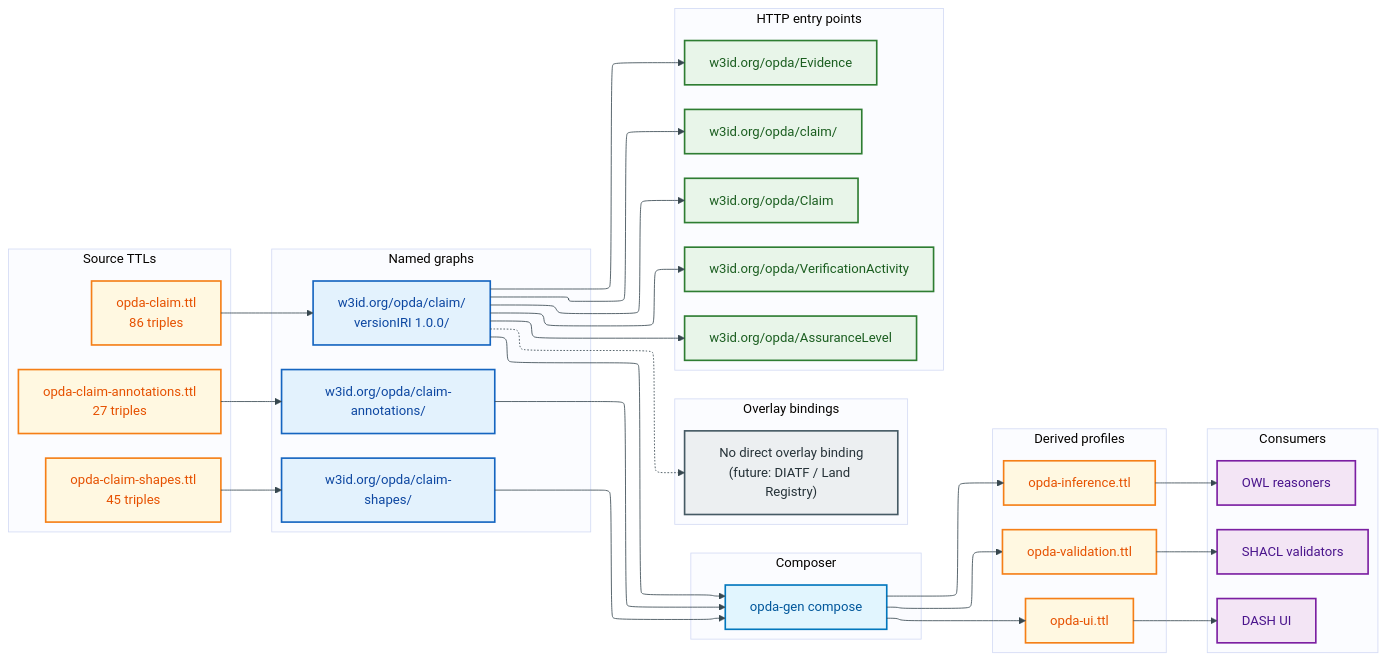
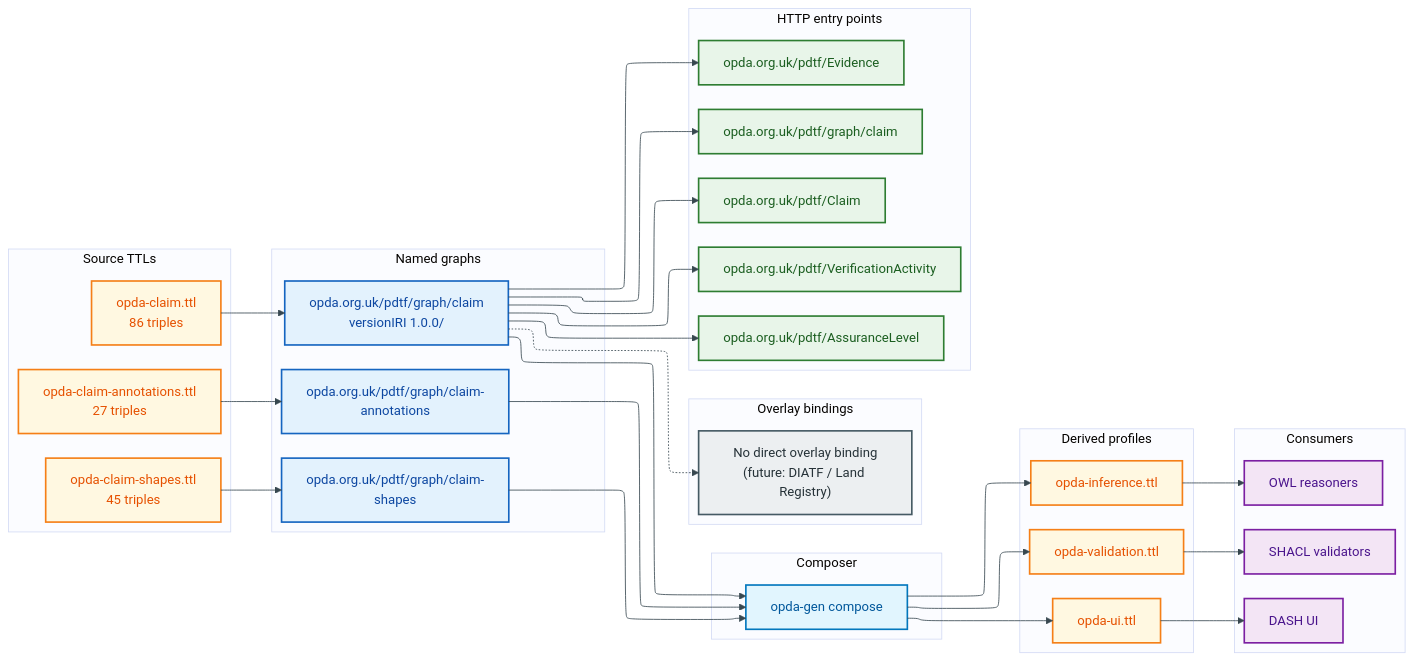
Before and after one commit to sparkling/opda: the diagram in docs/manual/physical-database/modules/claim.md, drawn with Mermaid. The commit also changed other lines of this file and 98 other files, not shown here.

First line of the commit message:
docs: migrate live IRI references to opda.org.uk/pdtf scheme (swarm)

```diff
--- a/docs/manual/physical-database/modules/claim.md
+++ b/docs/manual/physical-database/modules/claim.md
@@ -92,9 +92,9 @@
     end
 
     subgraph NG["Named graphs"]
-        NGT["w3id.org/opda/claim/<br/>versionIRI 1.0.0/"]:::infra
-        NGS["w3id.org/opda/claim-shapes/"]:::infra
-        NGA["w3id.org/opda/claim-annotations/"]:::infra
+        NGT["opda.org.uk/pdtf/graph/claim<br/>versionIRI 1.0.0/"]:::infra
+        NGS["opda.org.uk/pdtf/graph/claim-shapes"]:::infra
+        NGA["opda.org.uk/pdtf/graph/claim-annotations"]:::infra
     end
 
     subgraph CMP["Composer"]
@@ -112,11 +112,11 @@
     end
 
     subgraph HTTP["HTTP entry points"]
-        H1["w3id.org/opda/claim/"]:::service
-        H2["w3id.org/opda/Claim"]:::service
-        H3["w3id.org/opda/Evidence"]:::service
-        H4["w3id.org/opda/VerificationActivity"]:::service
-        H5["w3id.org/opda/AssuranceLevel"]:::service
+        H1["opda.org.uk/pdtf/graph/claim"]:::service
+        H2["opda.org.uk/pdtf/Claim"]:::service
+        H3["opda.org.uk/pdtf/Evidence"]:::service
+        H4["opda.org.uk/pdtf/VerificationActivity"]:::service
+        H5["opda.org.uk/pdtf/AssuranceLevel"]:::service
     end
 
     subgraph CONS["Consumers"]
```
